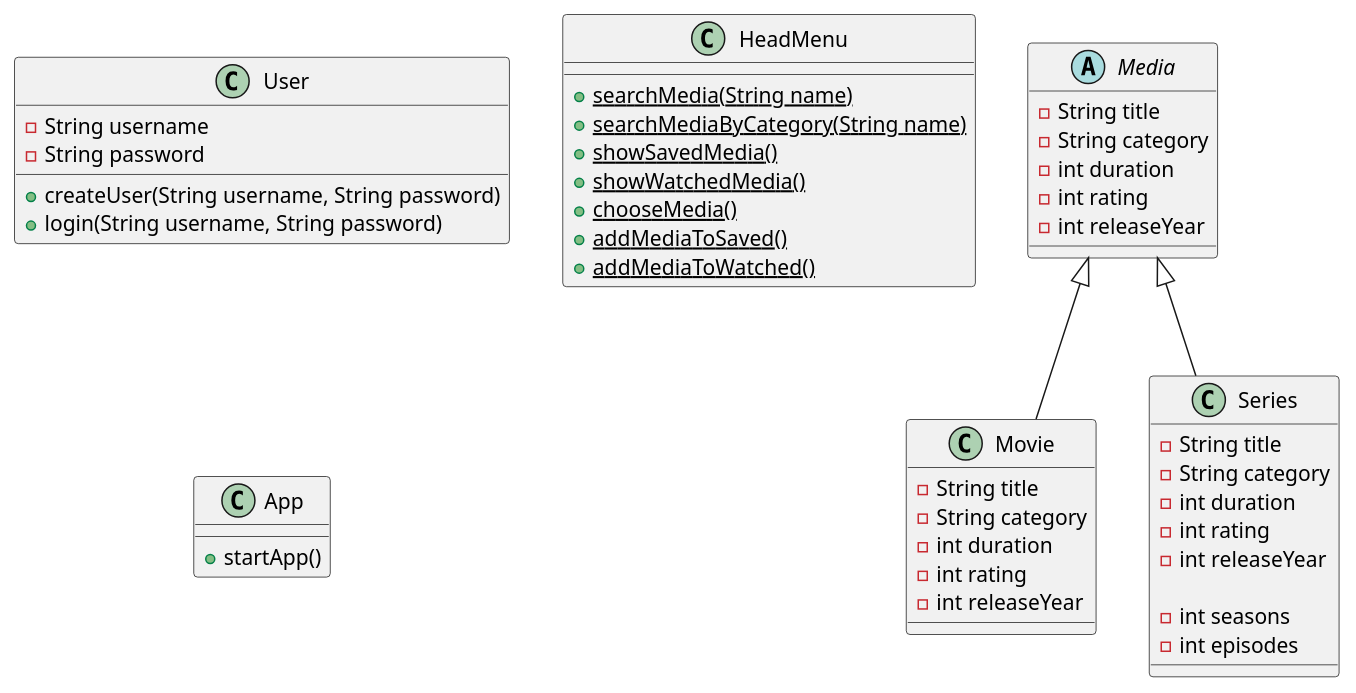
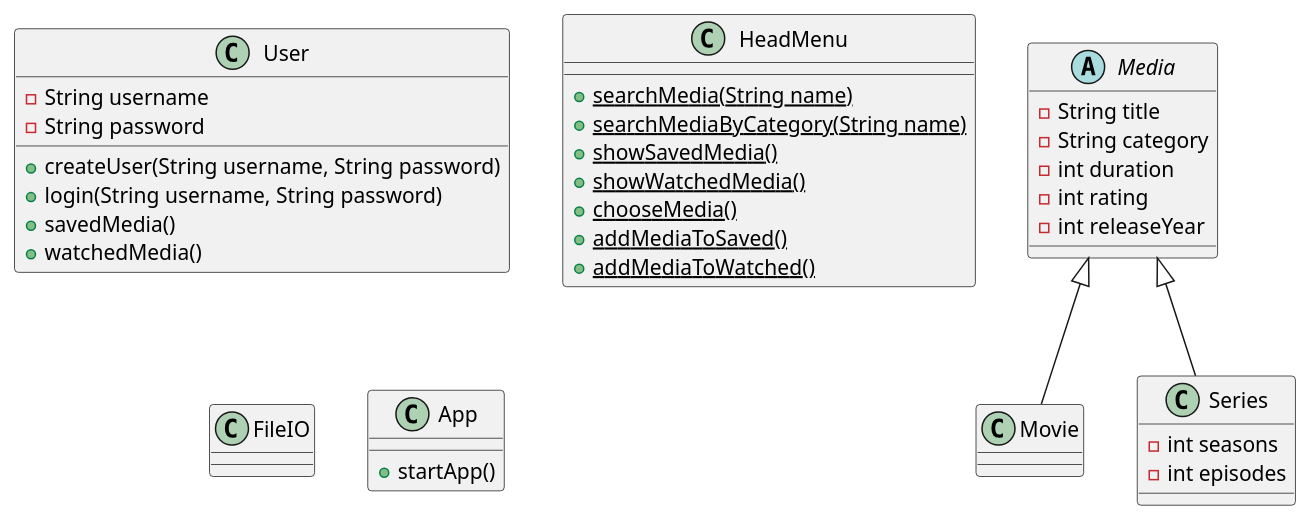
The diagram in src/Class diagram.puml (rasull7452/SP3), drawn with PlantUML before and after one commit.

Commit message:
SP3 domain og klasse model

```diff
--- a/src/Class diagram.puml
+++ b/src/Class diagram.puml
@@ -1,53 +1,47 @@
 @startuml
 'https://plantuml.com/class-diagram
 
 class User {
 - String username
 - String password
 +createUser(String username, String password)
 +login(String username, String password)
++savedMedia()
++watchedMedia()
 }
 
 abstract class Media {
 - String title
 - String category
 - int duration
 - int rating
 - int releaseYear
 }
 
 class Movie extends Media {
-    - String title
-    - String category
-    - int duration
-    - int rating
-    - int releaseYear
 }
 
 class HeadMenu {
 
     +{static}searchMedia(String name)
     +{static}searchMediaByCategory(String name)
     +{static}showSavedMedia()
     +{static}showWatchedMedia()
     +{static}chooseMedia()
     +{static}addMediaToSaved()
     +{static}addMediaToWatched()
 }
 
+class FileIO{
+}
+
 class App {
     +startApp()
 }
 
 class Series extends Media {
-    - String title
-    - String category
-    - int duration
-    - int rating
-    - int releaseYear
-
     - int seasons
     - int episodes
 }
 
 @enduml
```
